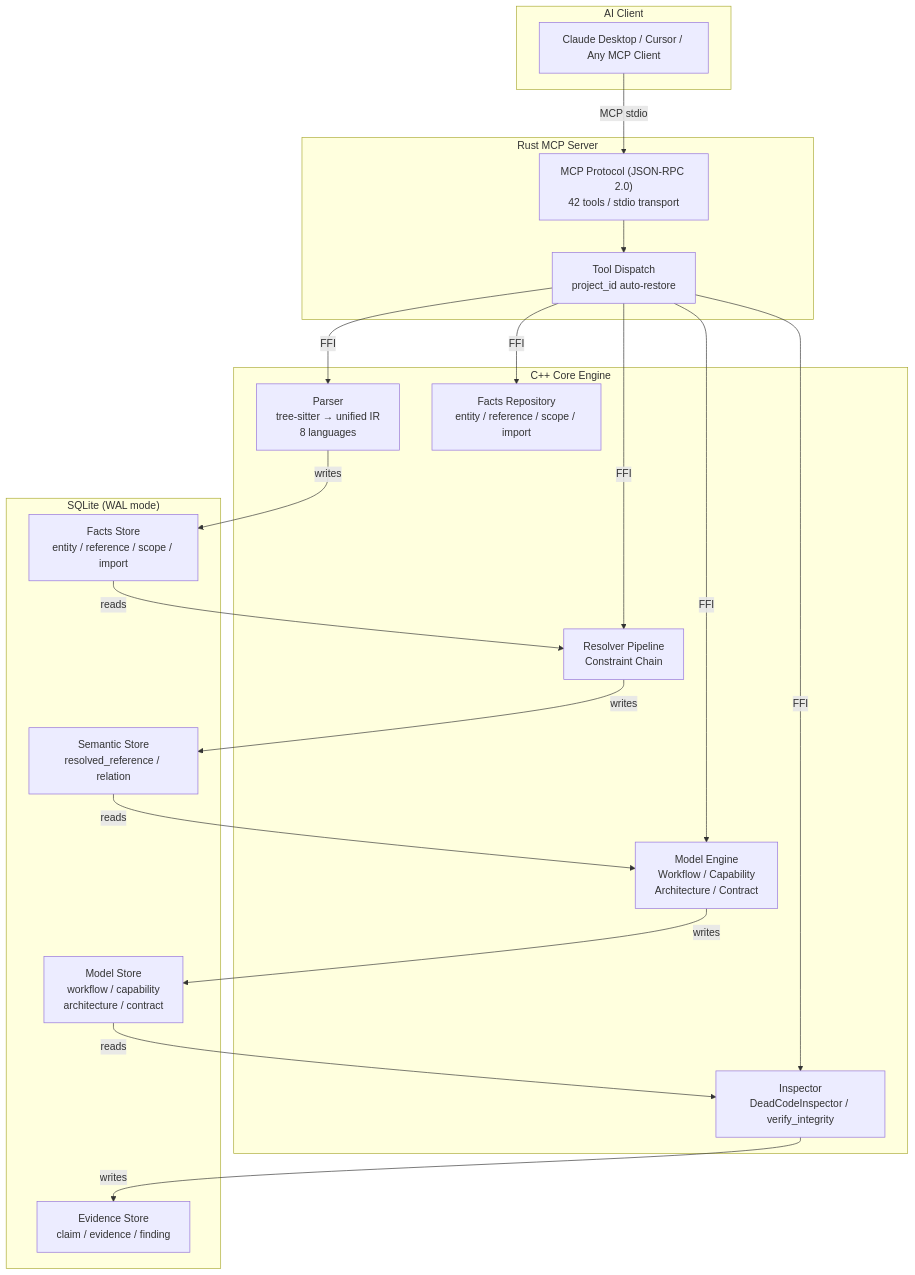
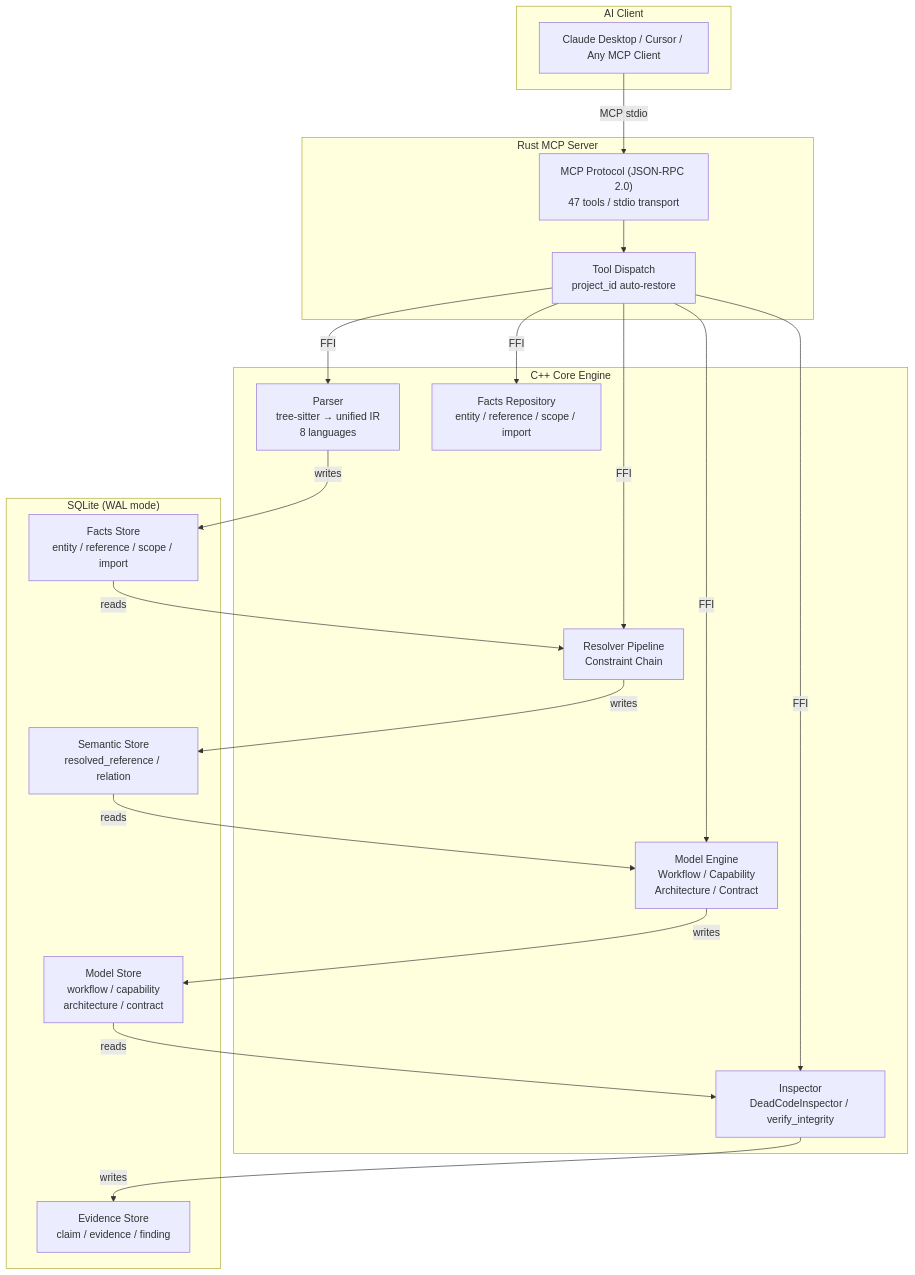
The first of 3 diagrams in README.md (Timwood0x10/CodeScope), drawn with Mermaid before and after one commit. The commit also changed other lines of this file and 10 other files, not shown here.

````diff
--- a/README.md
+++ b/README.md
@@ -49,42 +49,42 @@
 ```mermaid
 graph TB
     subgraph "AI Client"
         Client["Claude Desktop / Cursor / Any MCP Client"]
     end
 
     subgraph "Rust MCP Server"
-        MCP["MCP Protocol (JSON-RPC 2.0)<br/>42 tools / stdio transport"]
+        MCP["MCP Protocol (JSON-RPC 2.0)<br/>47 tools / stdio transport"]
         DISPATCH["Tool Dispatch<br/>project_id auto-restore"]
     end
 
     subgraph "C++ Core Engine"
         PARSER["Parser<br/>tree-sitter → unified IR<br/>8 languages"]
         FACTS["Facts Repository<br/>entity / reference / scope / import"]
         RESOLVER["Resolver Pipeline<br/>Constraint Chain"]
         MODEL["Model Engine<br/>Workflow / Capability<br/>Architecture / Contract"]
         INSPECTOR["Inspector<br/>DeadCodeInspector / verify_integrity"]
     end
 
     subgraph "SQLite (WAL mode)"
         F_STORE["Facts Store<br/>entity / reference / scope / import"]
         S_STORE["Semantic Store<br/>resolved_reference / relation"]
         M_STORE["Model Store<br/>workflow / capability<br/>architecture / contract"]
         E_STORE["Evidence Store<br/>claim / evidence / finding"]
     end
 
     Client -->|"MCP stdio"| MCP
     MCP --> DISPATCH
     DISPATCH -->|"FFI"| PARSER
     DISPATCH -->|"FFI"| FACTS
     DISPATCH -->|"FFI"| RESOLVER
     DISPATCH -->|"FFI"| MODEL
     DISPATCH -->|"FFI"| INSPECTOR
 
     PARSER -->|"writes"| F_STORE
     F_STORE -->|"reads"| RESOLVER
     RESOLVER -->|"writes"| S_STORE
     S_STORE -->|"reads"| MODEL
     MODEL -->|"writes"| M_STORE
     M_STORE -->|"reads"| INSPECTOR
     INSPECTOR -->|"writes"| E_STORE
 ```
````
